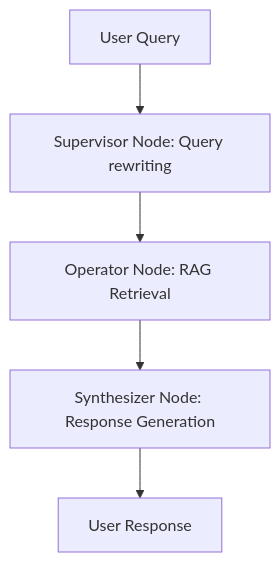
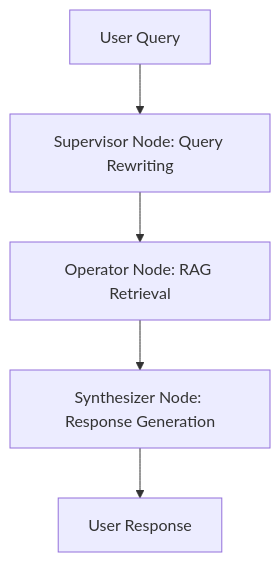
One commit to ramnallu/quick_chat changed the diagram in architecture.md. Above: the diagram before and after it, drawn with Mermaid. The commit also changed other lines of this file and 12 other files, not shown here.

Commit message:
deleted temporary scripts, updated readme and architecture

````diff
--- a/architecture.md
+++ b/architecture.md
@@ -44,7 +46,7 @@
 ```mermaid
 graph TD
-    UserQuery[User Query] --> Rewriter[Supervisor Node: Query rewriting]
+    UserQuery[User Query] --> Rewriter[Supervisor Node: Query Rewriting]
     Rewriter --> Retriever[Operator Node: RAG Retrieval]
     Retriever --> Generator[Synthesizer Node: Response Generation]
     Generator --> UserResponse[User Response]
 ```
````
